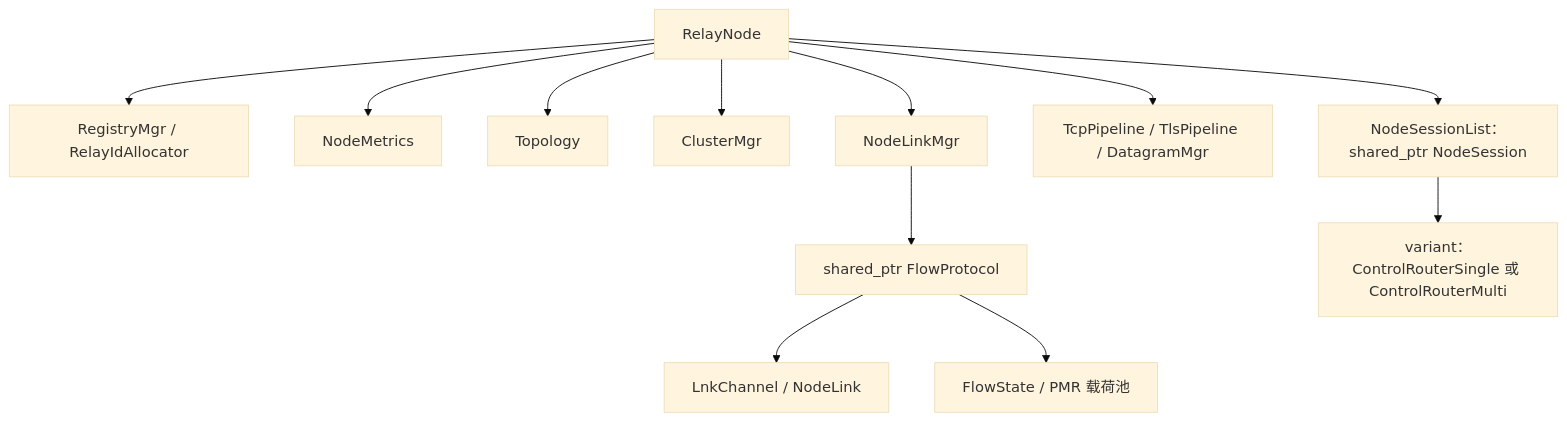
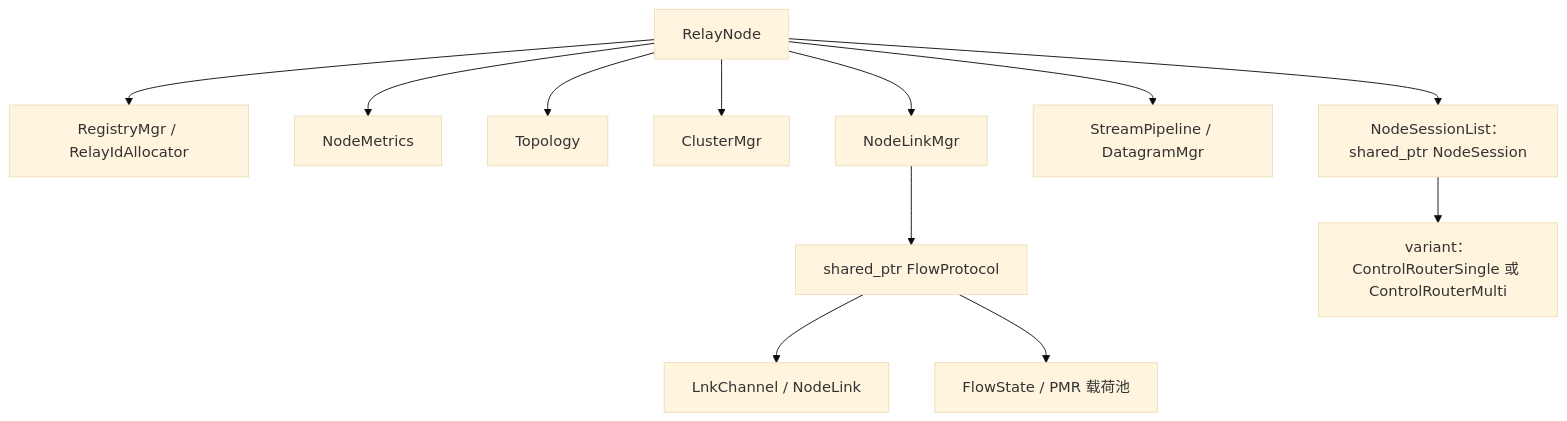
The third of 20 diagrams in docs/RelayWeave设计.md (Xtinc/relayweave), drawn with Mermaid (base theme) before and after one commit. The commit also changed other lines of this file and 62 other files, not shown here.

````diff
--- a/docs/RelayWeave设计.md
+++ b/docs/RelayWeave设计.md
@@ -182,14 +181,14 @@
 ```mermaid
 flowchart TD
     Root["RelayNode"] --> Registry["RegistryMgr / RelayIdAllocator"]
     Root --> Metrics["NodeMetrics"]
     Root --> Topology["Topology"]
     Root --> Cluster["ClusterMgr"]
     Root --> Manager["NodeLinkMgr"]
     Manager --> Protocol["shared_ptr FlowProtocol"]
     Protocol --> Link["LnkChannel / NodeLink"]
     Protocol --> Flows["FlowState / PMR 载荷池"]
-    Root --> Pipelines["TcpPipeline / TlsPipeline / DatagramMgr"]
+    Root --> Pipelines["StreamPipeline / DatagramMgr"]
     Root --> Sessions["NodeSessionList：shared_ptr NodeSession"]
     Sessions --> Router["variant：ControlRouterSingle 或 ControlRouterMulti"]
 ```
````
